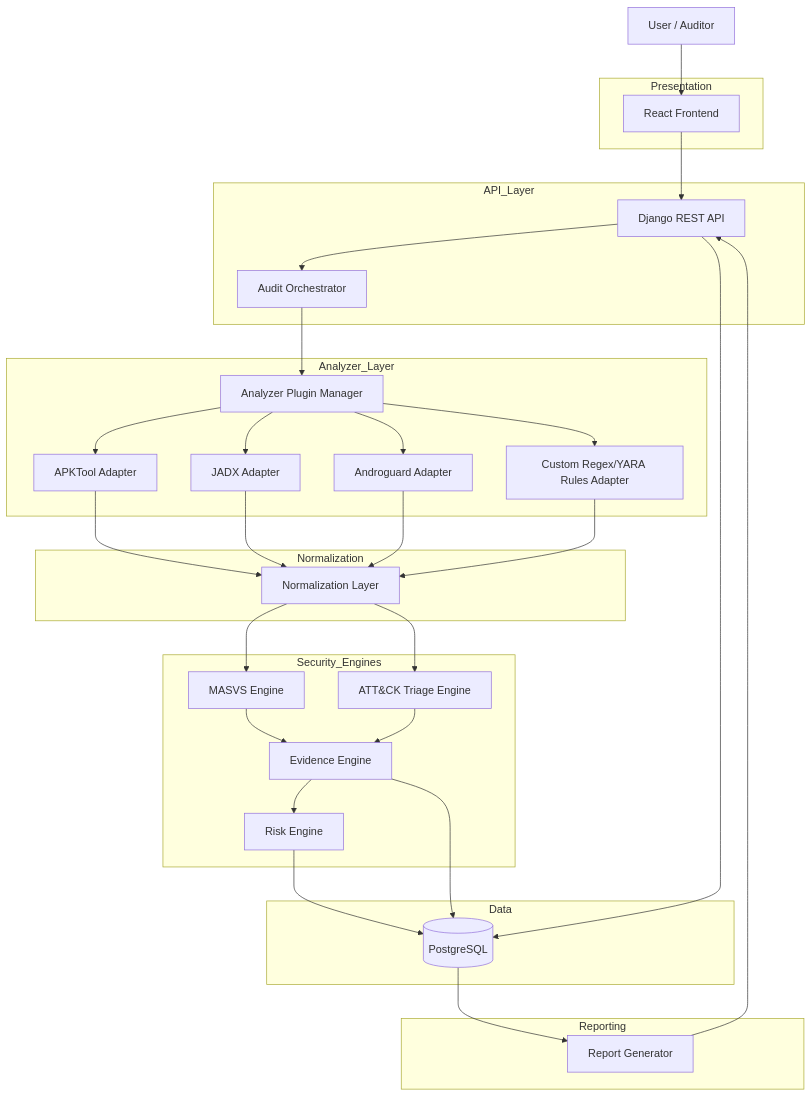
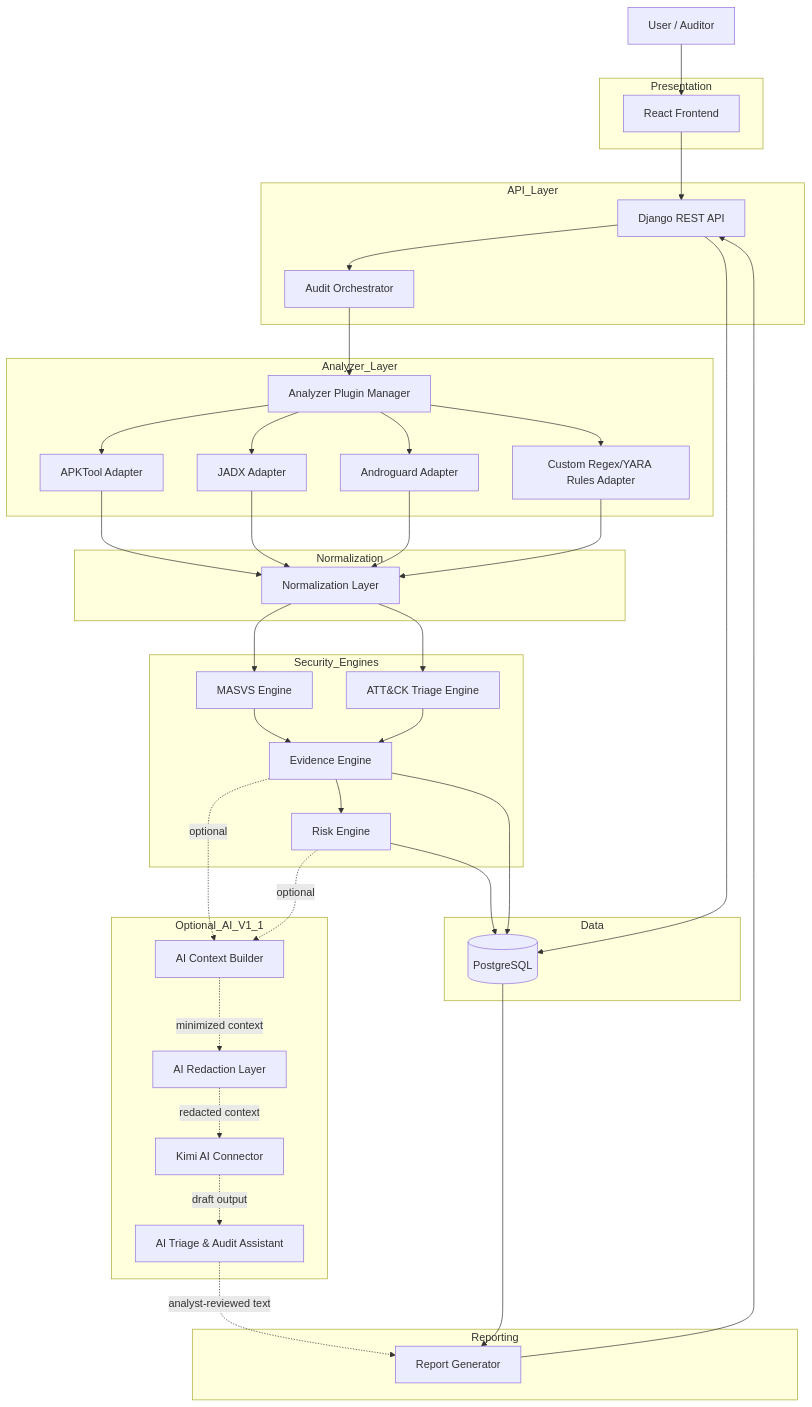
The diagram in docs/03_Architecture/05_Component_Diagram.md (nine11-tech/MSAP), drawn with Mermaid before and after one commit. The commit also changed 33 other files, not shown here.

Commit message:
Add optional Kimi AI-assisted triage and reporting design

````diff
--- a/docs/03_Architecture/05_Component_Diagram.md
+++ b/docs/03_Architecture/05_Component_Diagram.md
@@ -3,63 +3,76 @@
 ```mermaid
 flowchart TB
     Auditor[User / Auditor]
 
     subgraph Presentation
         FE[React Frontend]
     end
 
     subgraph API_Layer
         API[Django REST API]
         ORCH[Audit Orchestrator]
     end
 
     subgraph Analyzer_Layer
         PM[Analyzer Plugin Manager]
         APK[APKTool Adapter]
         JADX[JADX Adapter]
         AG[Androguard Adapter]
         RY[Custom Regex/YARA Rules Adapter]
     end
 
     subgraph Normalization
         NORM[Normalization Layer]
     end
 
     subgraph Security_Engines
         MASVS[MASVS Engine]
         ATTCK[ATT&CK Triage Engine]
         EVID[Evidence Engine]
         RISK[Risk Engine]
     end
 
     subgraph Data
         DB[(PostgreSQL)]
     end
 
     subgraph Reporting
         REPORT[Report Generator]
     end
 
+    subgraph Optional_AI_V1_1
+        AICTX[AI Context Builder]
+        AIRED[AI Redaction Layer]
+        KIMI[Kimi AI Connector]
+        AIA[AI Triage & Audit Assistant]
+    end
+
     Auditor --> FE
     FE --> API
     API --> ORCH
     ORCH --> PM
     PM --> APK
     PM --> JADX
     PM --> AG
     PM --> RY
     APK --> NORM
     JADX --> NORM
     AG --> NORM
     RY --> NORM
     NORM --> MASVS
     NORM --> ATTCK
     MASVS --> EVID
     ATTCK --> EVID
     EVID --> RISK
     RISK --> DB
     EVID --> DB
     API --> DB
+    EVID -. optional .-> AICTX
+    RISK -. optional .-> AICTX
+    AICTX -. minimized context .-> AIRED
+    AIRED -. redacted context .-> KIMI
+    KIMI -. draft output .-> AIA
+    AIA -. analyst-reviewed text .-> REPORT
     DB --> REPORT
     REPORT --> API
 ```
````
